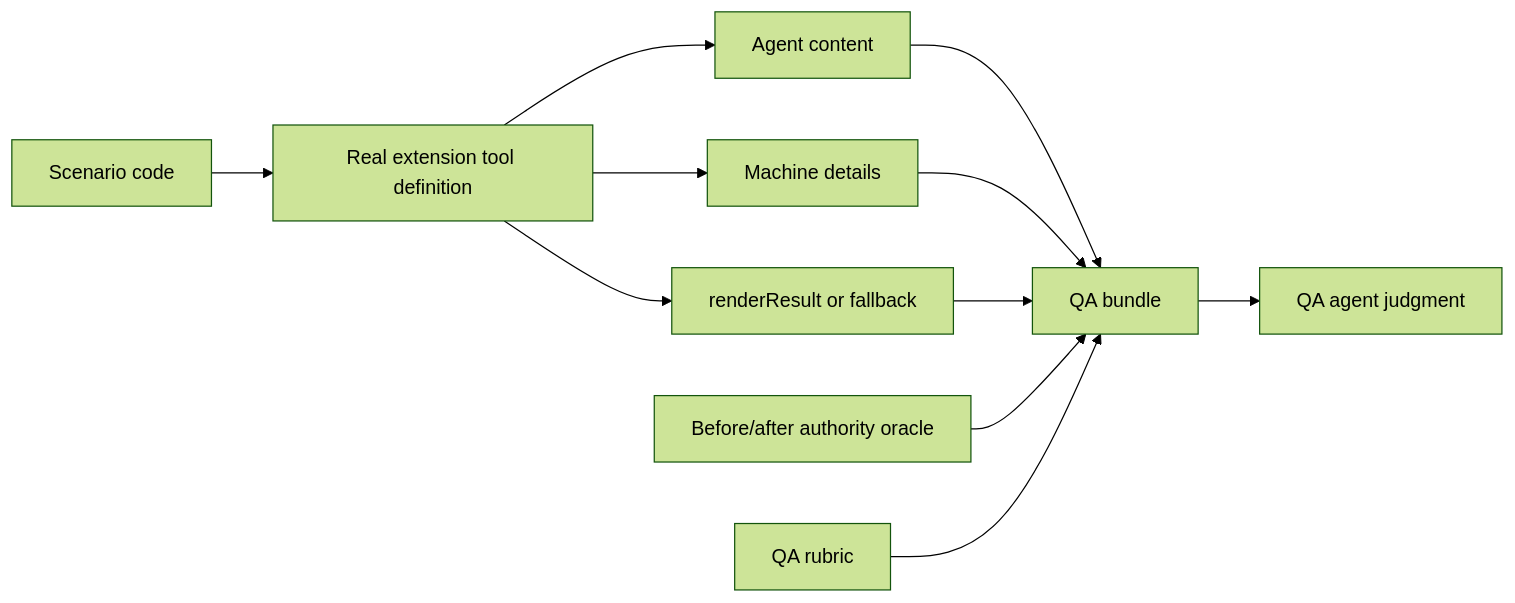
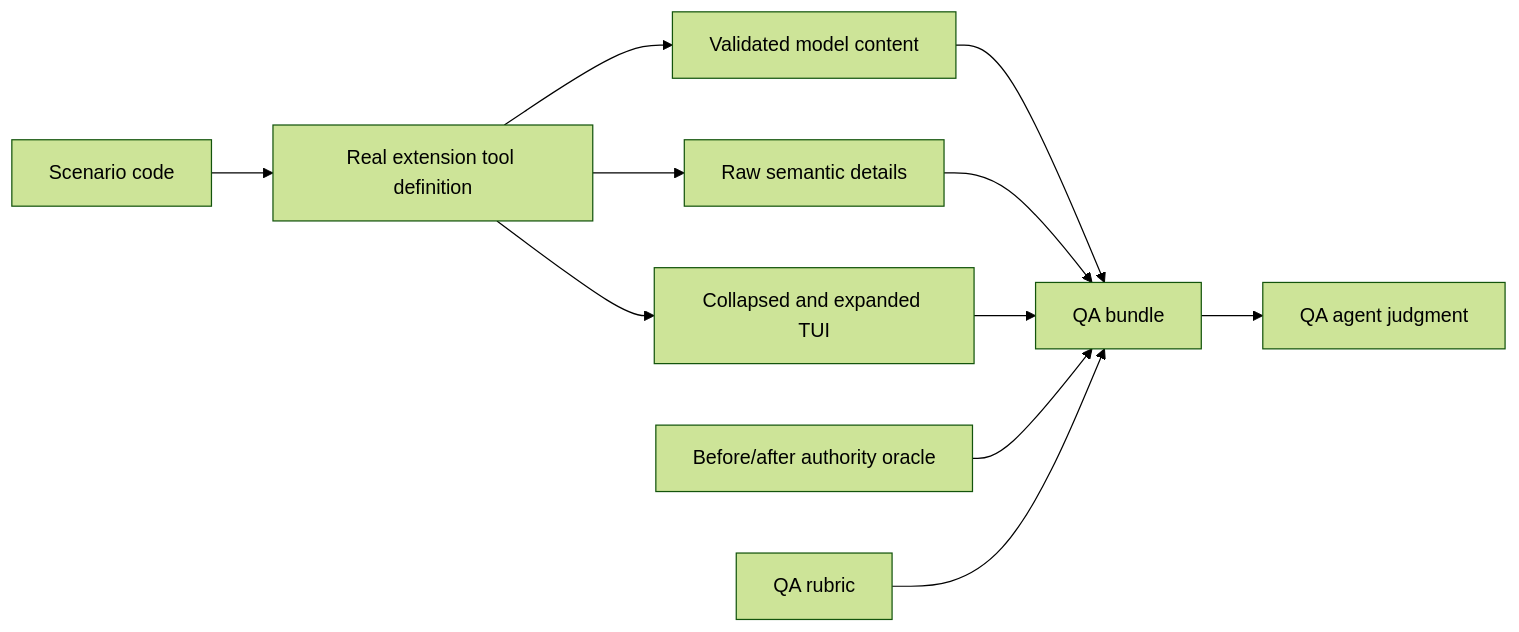
Before and after one commit to deephbz/pi-team-bright: the diagram in scripts/tool-result-qa/README.md, drawn with Mermaid (forest theme). The commit also changed other lines of this file and 109 other files, not shown here.

````diff
--- a/scripts/tool-result-qa/README.md
+++ b/scripts/tool-result-qa/README.md
@@ -7,13 +7,13 @@
 ```mermaid
 flowchart LR
   S["Scenario code"] --> E["Real extension tool definition"]
-  E --> A["Agent content"]
-  E --> M["Machine details"]
-  E --> R["renderResult or fallback"]
+  E --> A["Validated model content"]
+  E --> M["Raw semantic details"]
+  E --> R["Collapsed and expanded TUI"]
   A --> B["QA bundle"]
   M --> B
   R --> B
   O["Before/after authority oracle"] --> B
   Q["QA rubric"] --> B
   B --> J["QA agent judgment"]
 ```
````
